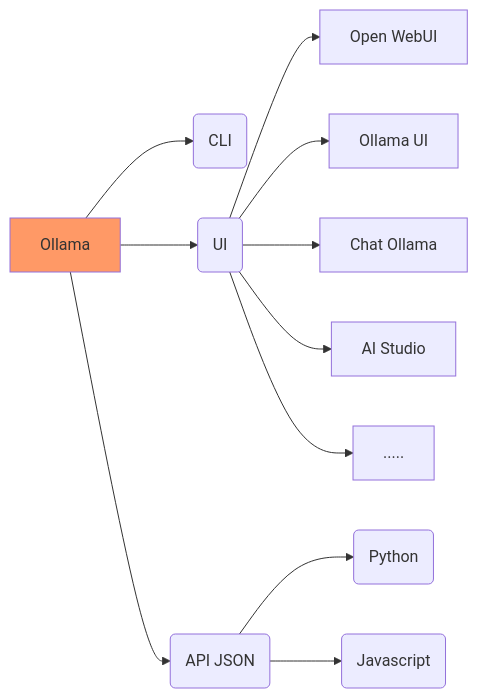
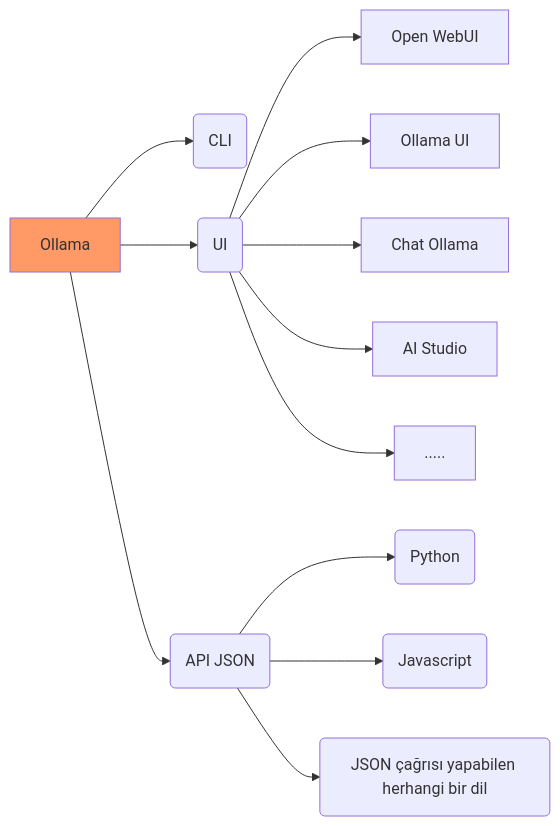
The diagram in diagrams/ollama-applications.md (ati-ozgur/kurs-ollama), drawn with Mermaid before and after one commit. The commit also changed 1 other file, not shown here.

Commit message:
ek notlar

````diff
--- a/diagrams/ollama-applications.md
+++ b/diagrams/ollama-applications.md
@@ -1,16 +1,17 @@
 ```{mermaid}
 %%| fig-width: 2
 flowchart LR
     O[Ollama] --> C(CLI)
     O --> UI(UI)
     UI --> UI1[Open WebUI]
     UI --> UI2[Ollama UI]
     UI --> UI3[Chat Ollama]
     UI --> UI4[AI Studio]
     UI --> UI5[.....]
     O --> A(API JSON)
     A --> P(Python)
     A --> JS(Javascript)
+    A --> PL(JSON çağrısı yapabilen herhangi bir dil)
 
     style O fill:#f96
 ```
````
